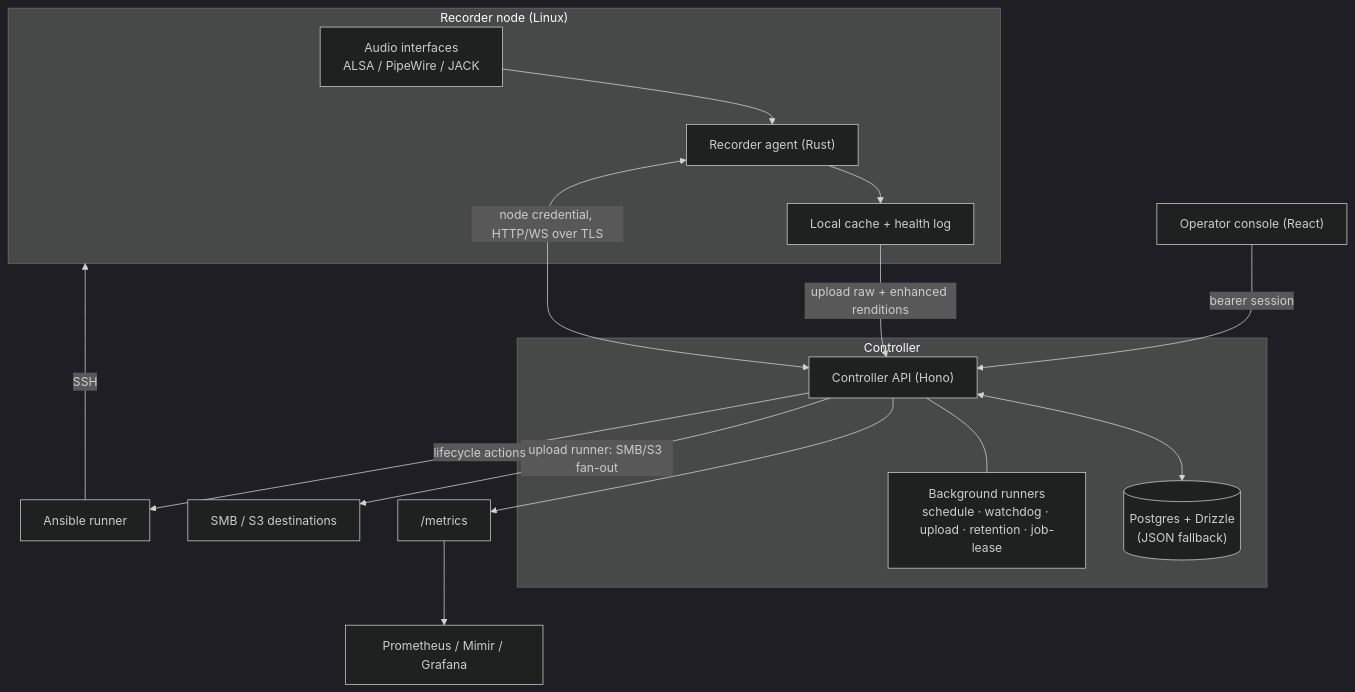
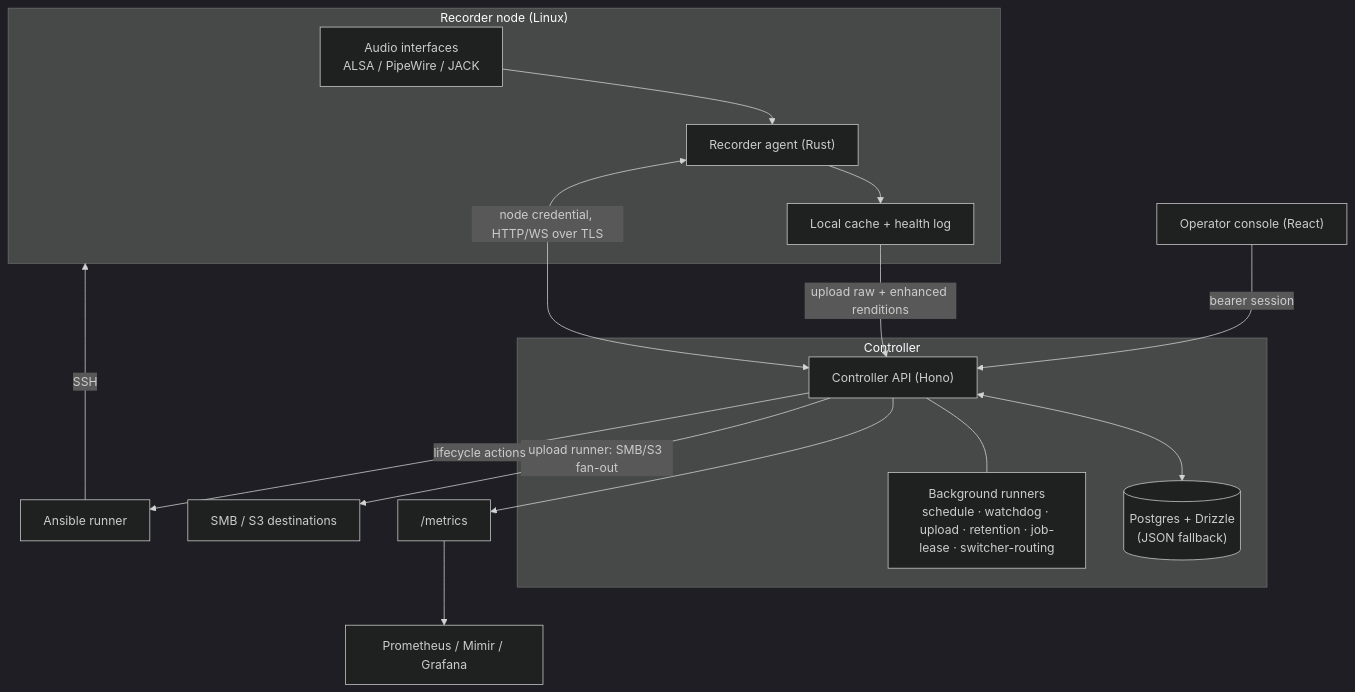
One commit to yashau/Rakkr changed the diagram in docs/architecture/overview.md. Above: the diagram before and after it, drawn with Mermaid (dark theme). The commit also changed 25 other files, not shown here.

````diff
--- a/docs/architecture/overview.md
+++ b/docs/architecture/overview.md
@@ -14,24 +14,24 @@
 ```mermaid
 flowchart TB
   subgraph node["Recorder node (Linux)"]
     hw["Audio interfaces\nALSA / PipeWire / JACK"] --> agent["Recorder agent (Rust)"]
     agent --> localcache["Local cache + health log"]
   end
 
   subgraph controller["Controller"]
     api["Controller API (Hono)"]
     db[("Postgres + Drizzle\n(JSON fallback)")]
-    runners["Background runners\nschedule · watchdog · upload · retention · job-lease"]
+    runners["Background runners\nschedule · watchdog · upload · retention · job-lease · switcher-routing"]
     api <--> db
     api --- runners
   end
 
   console["Operator console (React)"] -->|"bearer session"| api
   agent <-->|"node credential, HTTP/WS over TLS"| api
   localcache -->|"upload raw + enhanced renditions"| api
   api --> metrics["/metrics"]
   metrics --> prom["Prometheus / Mimir / Grafana"]
   api -->|"upload runner: SMB/S3 fan-out"| storage["SMB / S3 destinations"]
   ansible["Ansible runner"] -->|"SSH"| node
   api -->|"lifecycle actions"| ansible
 ```
````
